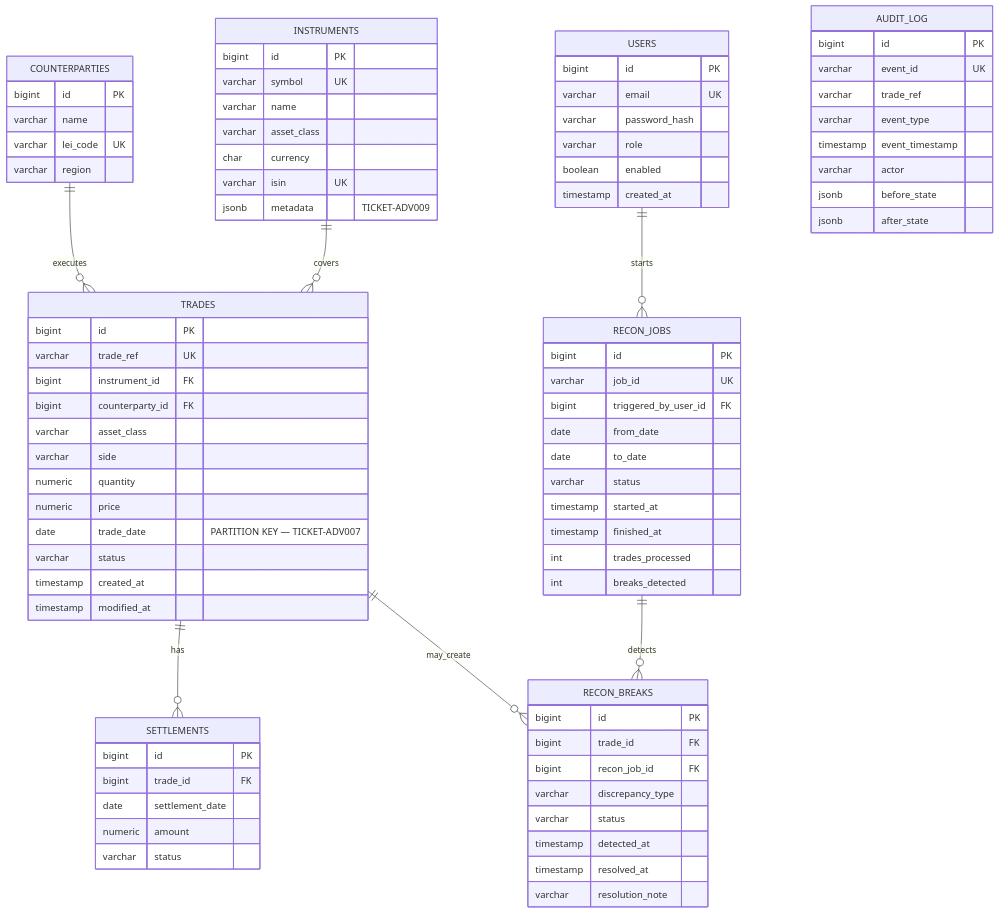
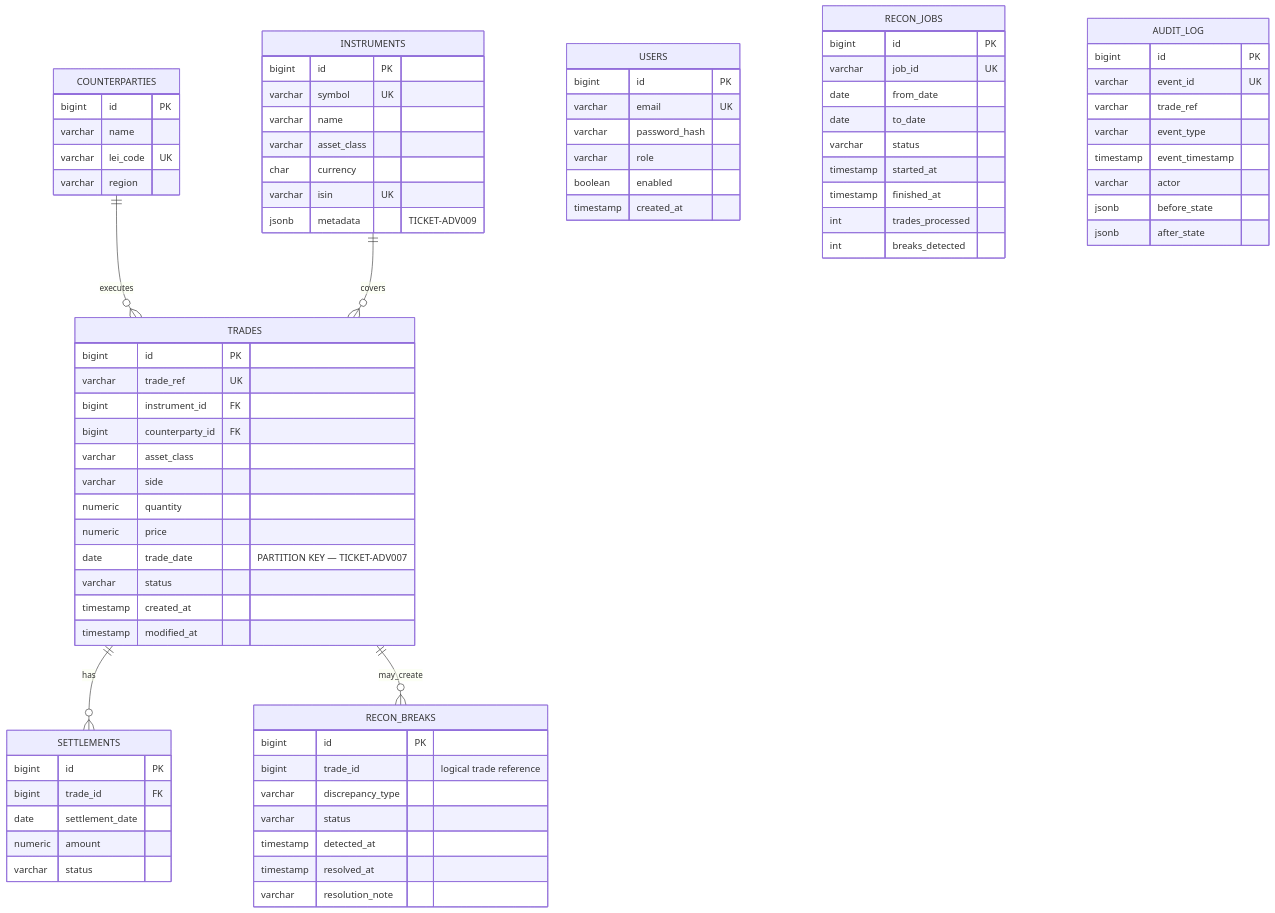
The diagram in db/erd.md (swasthik-007/db2026-reconX), drawn with Mermaid before and after one commit. The commit also changed other lines of this file and 3 other files, not shown here.

```diff
--- a/db/erd.md
+++ b/db/erd.md
@@ -4,10 +4,8 @@
 erDiagram
     COUNTERPARTIES ||--o{ TRADES : executes
     INSTRUMENTS ||--o{ TRADES : covers
-    USERS ||--o{ RECON_JOBS : starts
     TRADES ||--o{ SETTLEMENTS : has
     TRADES ||--o{ RECON_BREAKS : may_create
-    RECON_JOBS ||--o{ RECON_BREAKS : detects
 
     COUNTERPARTIES {
         bigint id PK
@@ -61,7 +59,6 @@
     RECON_JOBS {
         bigint id PK
         varchar job_id UK
-        bigint triggered_by_user_id FK
         date from_date
         date to_date
         varchar status
@@ -73,8 +70,7 @@
 
     RECON_BREAKS {
         bigint id PK
-        bigint trade_id FK
-        bigint recon_job_id FK
+        bigint trade_id "logical trade reference"
         varchar discrepancy_type
         varchar status
         timestamp detected_at
```
